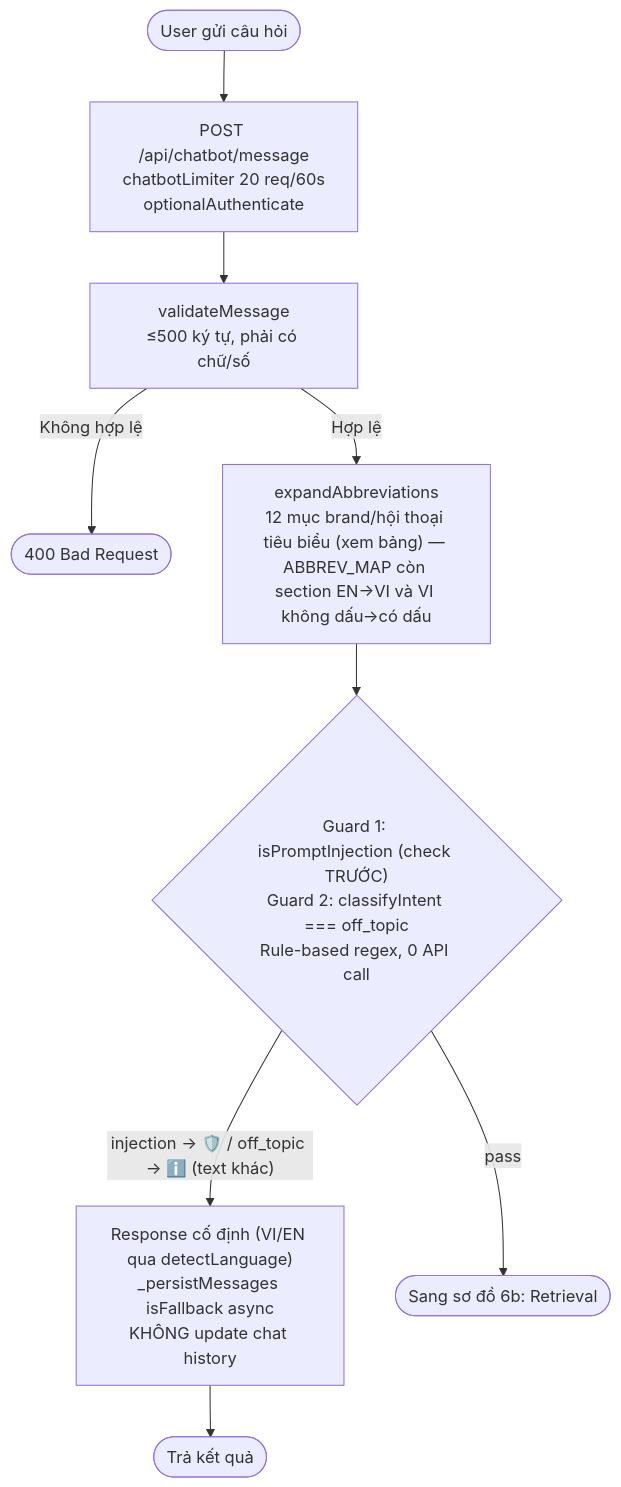
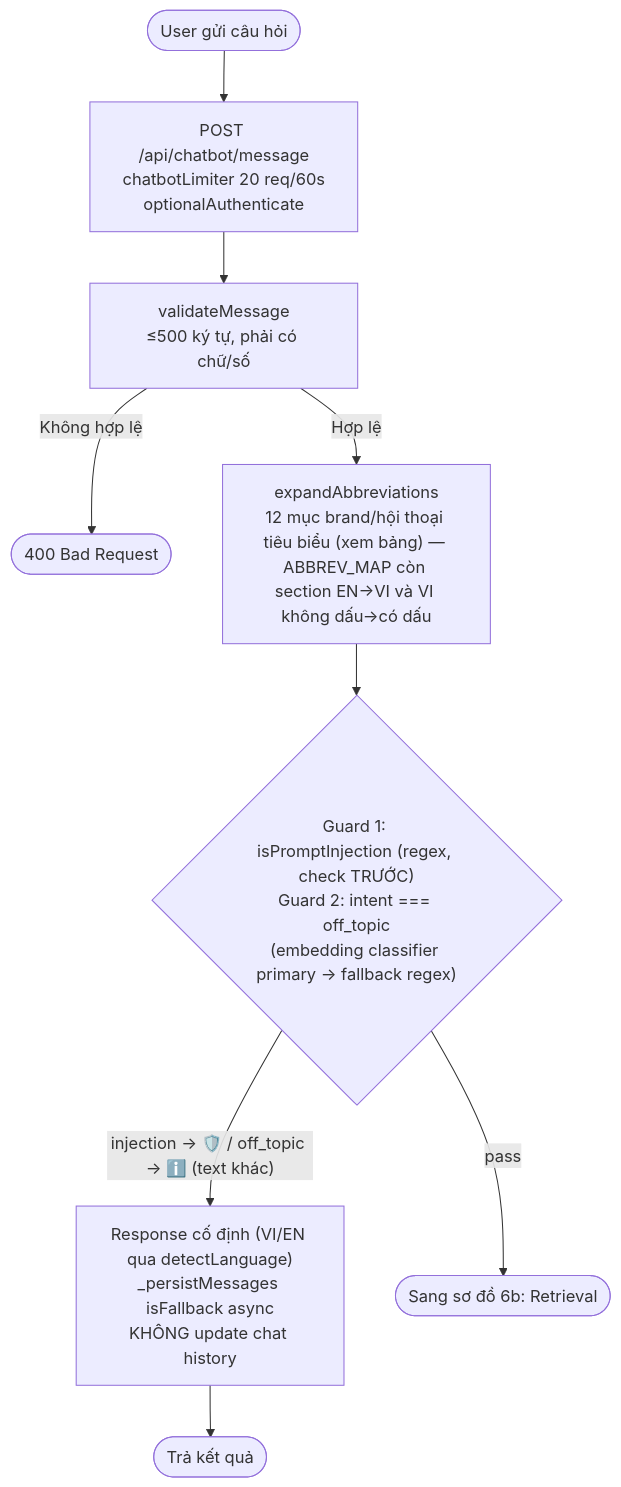
Diagram 38 of 47 in DIAGRAMS.md (MinhThang1009/E-commerce-website), drawn with Mermaid before and after one commit. The commit also changed other lines of this file and 4 other files, not shown here.

````diff
--- a/DIAGRAMS.md
+++ b/DIAGRAMS.md
@@ -1632,11 +1632,11 @@
 ```mermaid
 flowchart TD
     A([User gửi câu hỏi]) --> B["POST /api/chatbot/message<br/>chatbotLimiter 20 req/60s<br/>optionalAuthenticate"]
     B --> C["validateMessage<br/>≤500 ký tự, phải có chữ/số"]
     C -->|Không hợp lệ| D([400 Bad Request])
     C -->|Hợp lệ| E["expandAbbreviations<br/>12 mục brand/hội thoại tiêu biểu (xem bảng) — ABBREV_MAP còn section EN→VI và VI không dấu→có dấu"]
-    E --> F{"Guard 1: isPromptInjection (check TRƯỚC)<br/>Guard 2: classifyIntent === off_topic<br/>Rule-based regex, 0 API call"}
+    E --> F{"Guard 1: isPromptInjection (regex, check TRƯỚC)<br/>Guard 2: intent === off_topic<br/>(embedding classifier primary → fallback regex)"}
     F -->|"injection → 🛡️ / off_topic → ℹ️ (text khác)"| G["Response cố định (VI/EN qua detectLanguage)<br/>_persistMessages isFallback async<br/>KHÔNG update chat history"]
     G --> H([Trả kết quả])
     F -->|pass| I([Sang sơ đồ 6b: Retrieval])
 ```
````
